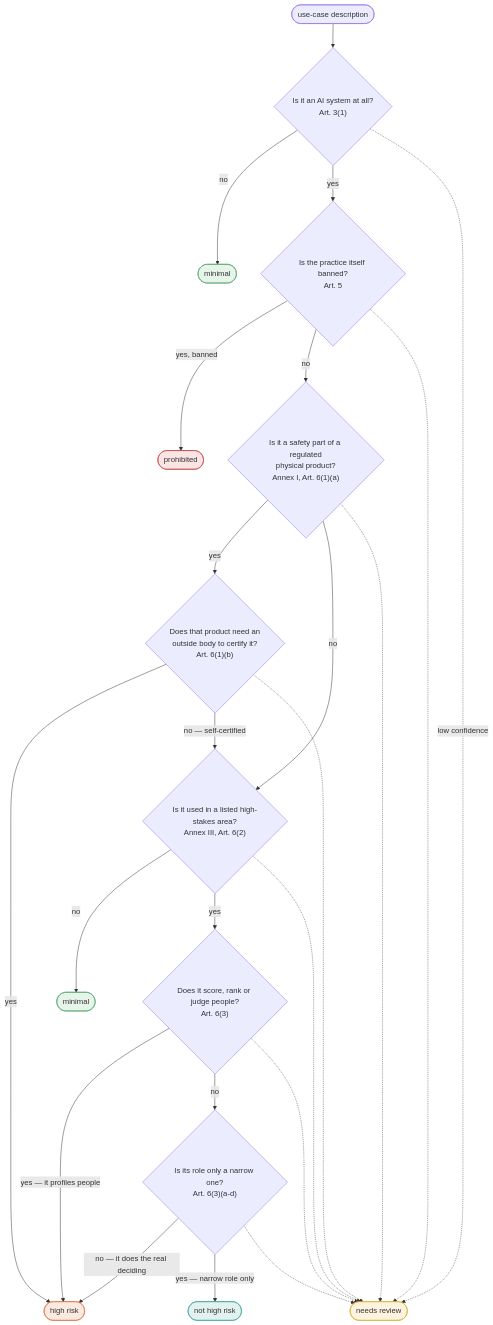
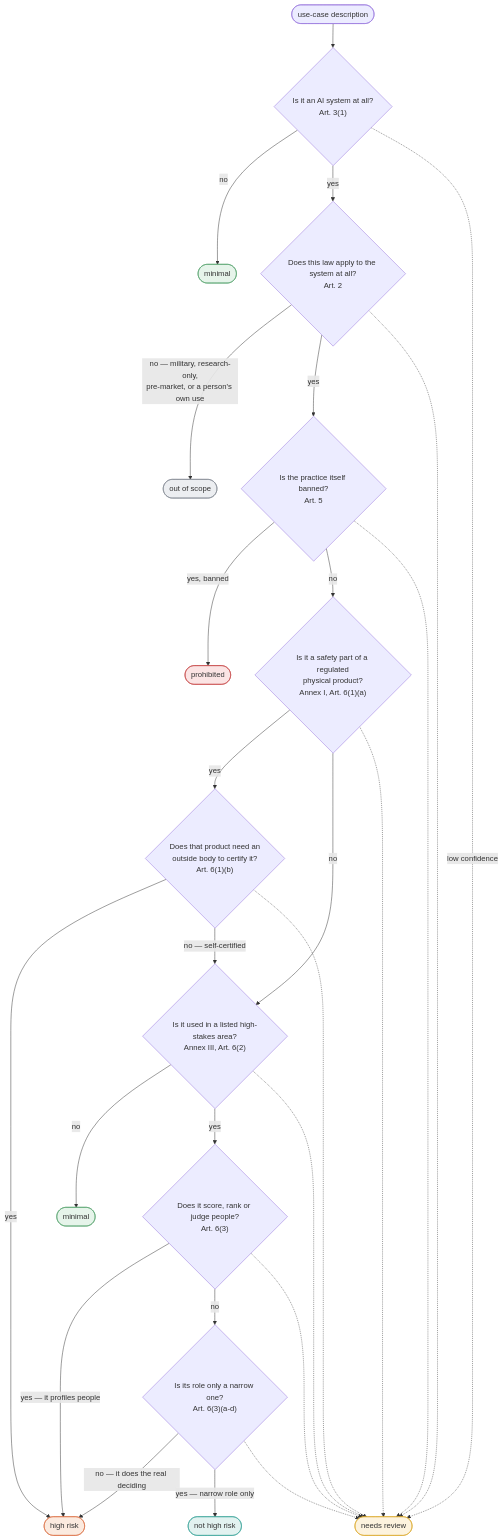
The first of 2 diagrams in README.md (vidibro/ai-act-compliance-agent), drawn with Mermaid before and after one commit. The commit also changed other lines of this file and 2 other files, not shown here.

Commit message:
Document the Art. 2 node and the territorial gap

````diff
--- a/README.md
+++ b/README.md
@@ -86,31 +91,35 @@
 ```mermaid
 flowchart TD
     START([use-case description]) --> AI{"Is it an AI system at all?<br/>Art. 3(1)"}
     AI -->|no| MIN1([minimal]):::ok
-    AI -->|yes| PROH{"Is the practice itself banned?<br/>Art. 5"}
+    AI -->|yes| SCOPE{"Does this law apply to the system at all?<br/>Art. 2"}
+    SCOPE -->|"no — military, research-only,<br/>pre-market, or a person's own use"| OOS([out of scope]):::oos
+    SCOPE -->|yes| PROH{"Is the practice itself banned?<br/>Art. 5"}
     PROH -->|yes, banned| BAN([prohibited]):::ban
     PROH -->|no| ANNEXI{"Is it a safety part of a regulated<br/>physical product?<br/>Annex I, Art. 6(1)(a)"}
     ANNEXI -->|yes| TPA{"Does that product need an<br/>outside body to certify it?<br/>Art. 6(1)(b)"}
     TPA -->|yes| HIGH([high risk]):::high
     TPA -->|"no — self-certified"| ANNEX
     ANNEXI -->|no| ANNEX{"Is it used in a listed high-stakes area?<br/>Annex III, Art. 6(2)"}
     ANNEX -->|no| MIN2([minimal]):::ok
     ANNEX -->|yes| PROF{"Does it score, rank or judge people?<br/>Art. 6(3)"}
     PROF -->|"yes — it profiles people"| HIGH
     PROF -->|no| DER{"Is its role only a narrow one?<br/>Art. 6(3)(a-d)"}
     DER -->|"no — it does the real deciding"| HIGH
     DER -->|"yes — narrow role only"| NHR([not high risk]):::mid
     AI -.->|low confidence| NR([needs review]):::rev
+    SCOPE -.-> NR
     PROH -.-> NR
     ANNEXI -.-> NR
     TPA -.-> NR
     ANNEX -.-> NR
     PROF -.-> NR
     DER -.-> NR
 
+    classDef oos fill:#eceef1,stroke:#7a828c
     classDef ban fill:#fbe4e4,stroke:#c23b3b
     classDef high fill:#fbeadf,stroke:#d9683a
     classDef mid fill:#e2f2f0,stroke:#2f9e93
     classDef ok fill:#e6f4ea,stroke:#4a9d63
     classDef rev fill:#fdf3de,stroke:#d9a521
 ```
````
